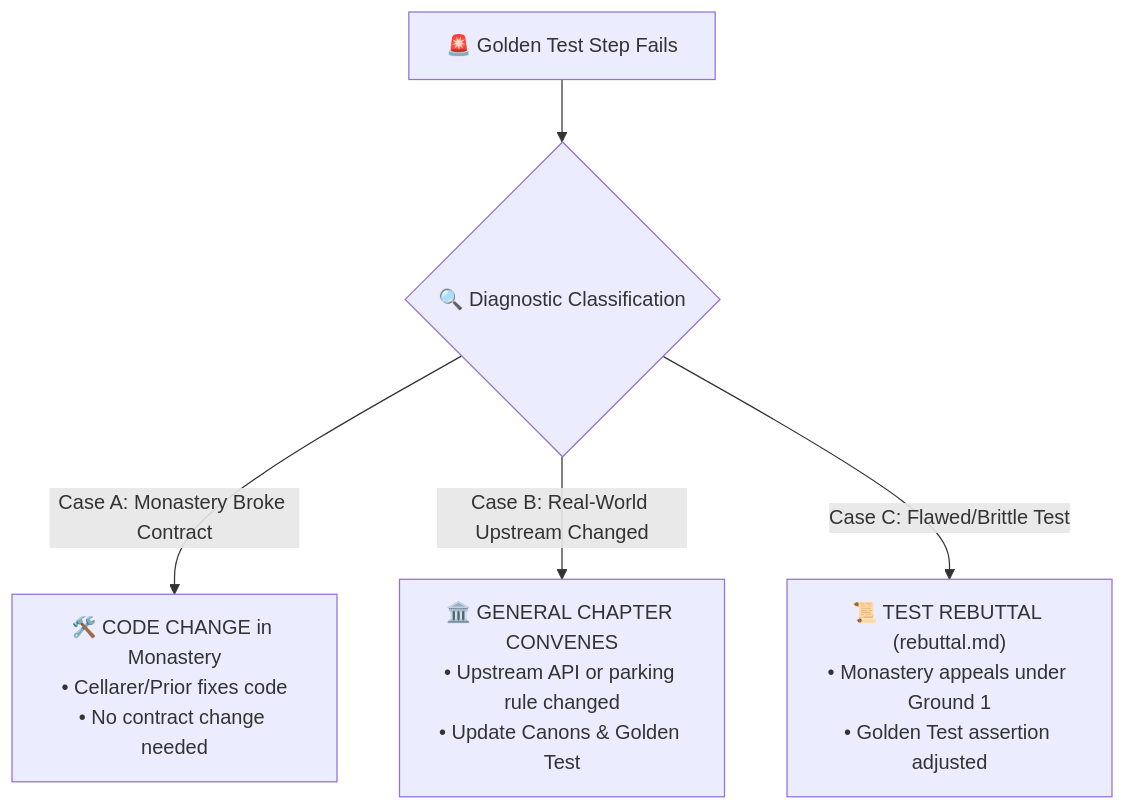
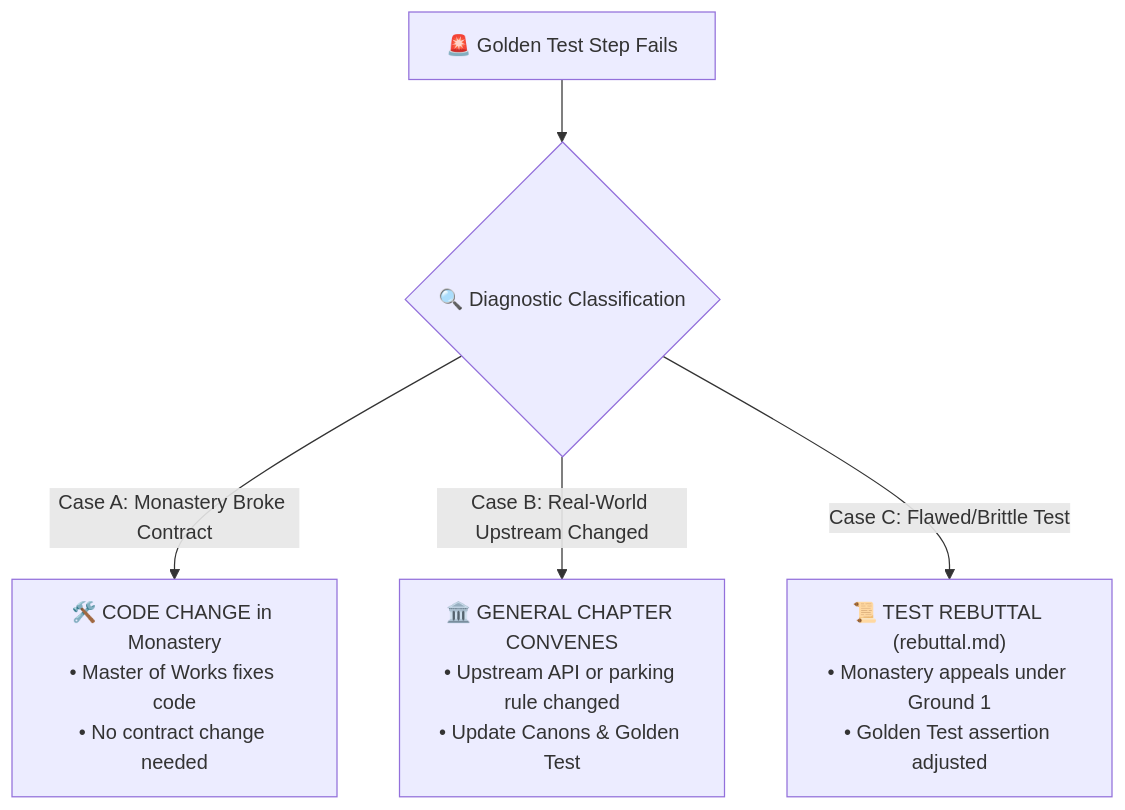
The diagram in docs/supreme-golden-test.md (traali/sports-federation), drawn with Mermaid before and after one commit. The commit also changed other lines of this file and 1 other file, not shown here.

````diff
--- a/docs/supreme-golden-test.md
+++ b/docs/supreme-golden-test.md
@@ -31,8 +39,8 @@
 ```mermaid
 flowchart TD
     Failure["🚨 Golden Test Step Fails"] --> Diagnose{"🔍 Diagnostic Classification"}
     
-    Diagnose -->|Case A: Monastery Broke Contract| CodeFix["🛠️ CODE CHANGE in Monastery\n• Cellarer/Prior fixes code\n• No contract change needed"]
+    Diagnose -->|Case A: Monastery Broke Contract| CodeFix["🛠️ CODE CHANGE in Monastery\n• Master of Works fixes code\n• No contract change needed"]
     Diagnose -->|Case B: Real-World Upstream Changed| ChapterRFC["🏛️ GENERAL CHAPTER CONVENES\n• Upstream API or parking rule changed\n• Update Canons & Golden Test"]
     Diagnose -->|Case C: Flawed/Brittle Test| TestFix["📜 TEST REBUTTAL (rebuttal.md)\n• Monastery appeals under Ground 1\n• Golden Test assertion adjusted"]
 ```
````
